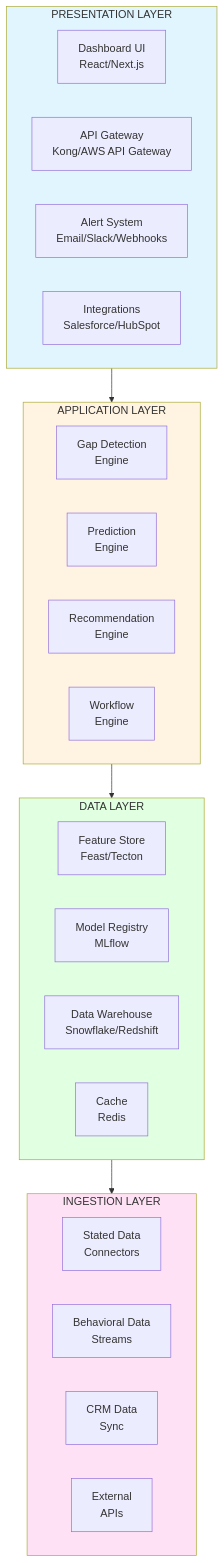
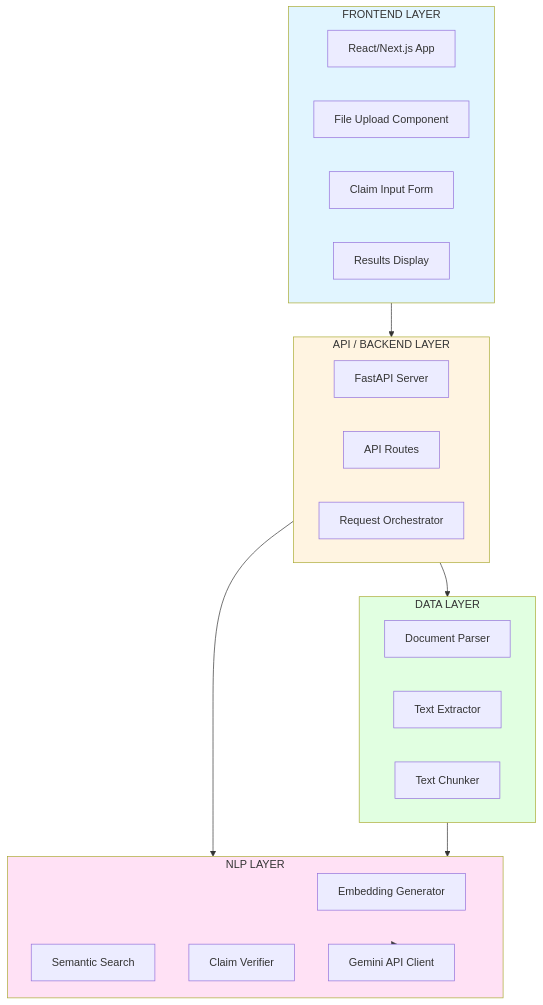
One commit to Krish-Om/contradiction-detection-system changed the first of 8 diagrams in docs/02_technical_architecture.md. Above: the diagram before and after it, drawn with Mermaid. The commit also changed other lines of this file and 5 other files, not shown here.

````diff
--- a/docs/02_technical_architecture.md
+++ b/docs/02_technical_architecture.md
@@ -10,39 +11,39 @@
 ```mermaid
 graph TB
-    subgraph Presentation["PRESENTATION LAYER"]
-        UI[Dashboard UI<br/>React/Next.js]
-        API[API Gateway<br/>Kong/AWS API Gateway]
-        Alert[Alert System<br/>Email/Slack/Webhooks]
-        Int[Integrations<br/>Salesforce/HubSpot]
+    subgraph Frontend["FRONTEND LAYER"]
+        UI[React/Next.js App]
+        Upload[File Upload Component]
+        Input[Claim Input Form]
+        Results[Results Display]
     end
-    
-    subgraph Application["APPLICATION LAYER"]
-        GDE[Gap Detection<br/>Engine]
-        PE[Prediction<br/>Engine]
-        RE[Recommendation<br/>Engine]
-        WE[Workflow<br/>Engine]
+
+    subgraph API["API / BACKEND LAYER"]
+        FastAPI[FastAPI Server]
+        Routes[API Routes]
+        Orchestrator[Request Orchestrator]
     end
-    
+
     subgraph Data["DATA LAYER"]
-        FS[Feature Store<br/>Feast/Tecton]
-        MR[Model Registry<br/>MLflow]
-        DW[Data Warehouse<br/>Snowflake/Redshift]
-        Cache[Cache<br/>Redis]
+        Parser[Document Parser]
+        Extractor[Text Extractor]
+        Chunker[Text Chunker]
     end
-    
-    subgraph Ingestion["INGESTION LAYER"]
-        SDC[Stated Data<br/>Connectors]
-        BDS[Behavioral Data<br/>Streams]
-        CRM[CRM Data<br/>Sync]
-        EXT[External<br/>APIs]
+
+    subgraph NLP["NLP LAYER"]
+        Embedder[Embedding Generator]
+        Search[Semantic Search]
+        Verifier[Claim Verifier]
+        Gemini[Gemini API Client]
     end
-    
-    Presentation --> Application
-    Application --> Data
-    Data --> Ingestion
-    
-    style Presentation fill:#e1f5ff
-    style Application fill:#fff4e1
+
+    Frontend --> API
+    API --> Data
+    API --> NLP
+    Data --> NLP
+    NLP --> Gemini
+
+    style Frontend fill:#e1f5ff
+    style API fill:#fff4e1
     style Data fill:#e1ffe1
-    style Ingestion fill:#ffe1f5
+    style NLP fill:#ffe1f5
 ```
````
